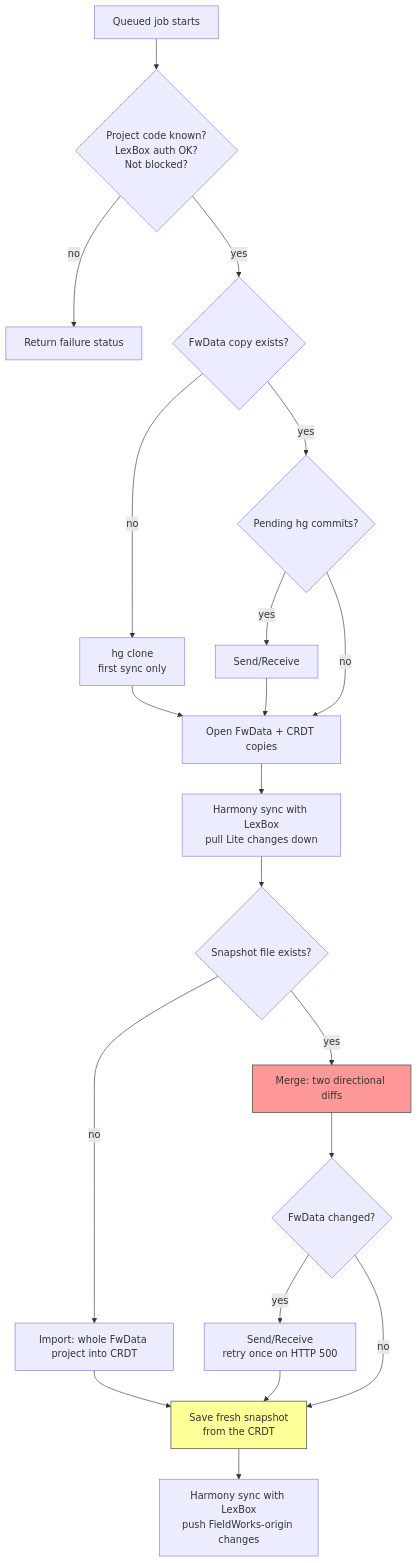
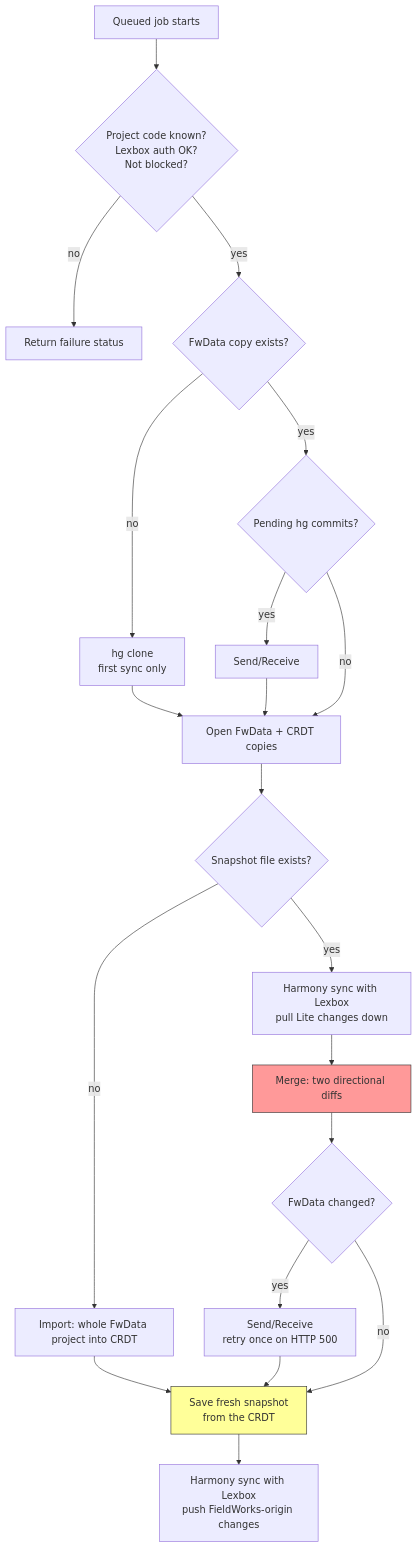
One commit to myieye/languageforge-lexbox changed the diagram in docs/technical/sync/fwheadless-merge.md. Above: the diagram before and after it, drawn with Mermaid. The commit also changed other lines of this file and 15 other files, not shown here.

````diff
--- a/docs/technical/sync/fwheadless-merge.md
+++ b/docs/technical/sync/fwheadless-merge.md
@@ -33,25 +33,25 @@
 ```mermaid
 flowchart TD
-    A[Queued job starts] --> B{Project code known?<br/>LexBox auth OK?<br/>Not blocked?}
+    A[Queued job starts] --> B{Project code known?<br/>Lexbox auth OK?<br/>Not blocked?}
     B -- no --> X[Return failure status]
     B -- yes --> C{FwData copy exists?}
     C -- no --> D[hg clone<br/>first sync only]
     C -- yes --> E{Pending hg commits?}
     E -- yes --> F[Send/Receive]
     E -- no --> G
     D --> G[Open FwData + CRDT copies]
     F --> G
-    G --> H[Harmony sync with LexBox<br/>pull Lite changes down]
-    H --> I{Snapshot file exists?}
+    G --> I{Snapshot file exists?}
     I -- no --> J[Import: whole FwData project into CRDT]
-    I -- yes --> K[Merge: two directional diffs]
+    I -- yes --> H[Harmony sync with Lexbox<br/>pull Lite changes down]
+    H --> K[Merge: two directional diffs]
     K --> L{FwData changed?}
     L -- yes --> M[Send/Receive<br/>retry once on HTTP 500]
     L -- no --> N
     J --> N[Save fresh snapshot<br/>from the CRDT]
     M --> N
-    N --> O[Harmony sync with LexBox<br/>push FieldWorks-origin changes]
+    N --> O[Harmony sync with Lexbox<br/>push FieldWorks-origin changes]
 
     style K fill:#f99,stroke:#333
     style N fill:#ff9,stroke:#333
 ```
````
